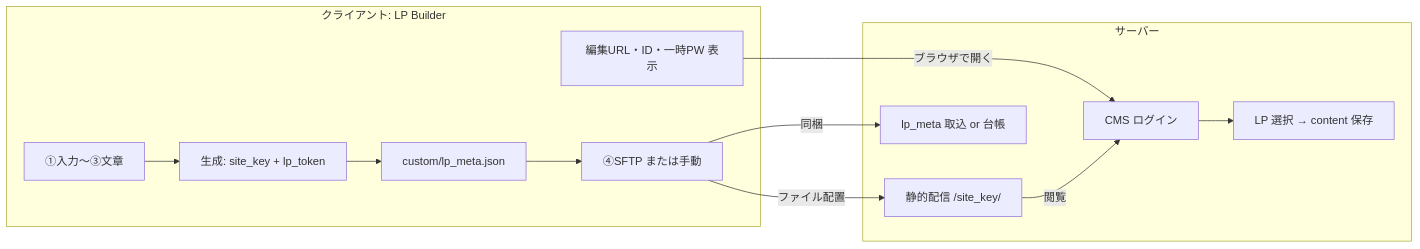
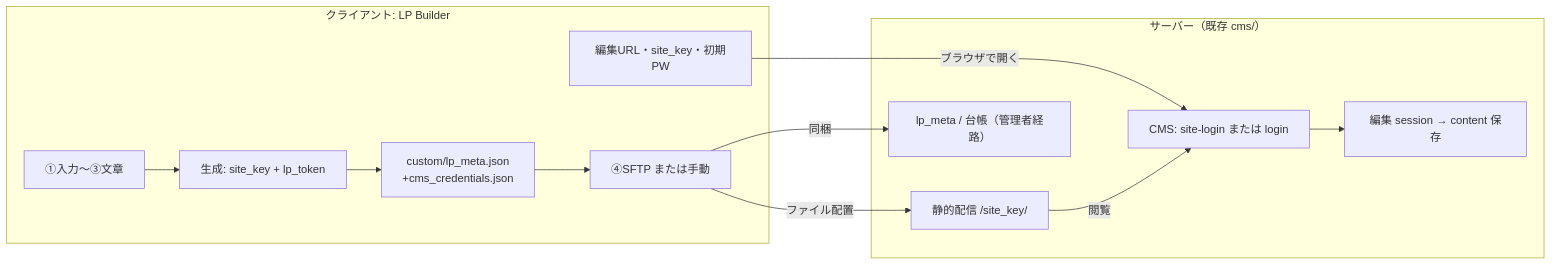
Before and after one commit to BinaryTraffic/page-builder: the first of 4 diagrams in CLIENT_SERVER_FLOWS.md, drawn with Mermaid. The commit also changed other lines of this file and 23 other files, not shown here.

First line of the commit message:
CMS: site-login + cms_credentials; align handover docs for server Cursor

````diff
--- a/CLIENT_SERVER_FLOWS.md
+++ b/CLIENT_SERVER_FLOWS.md
@@ -10,23 +11,23 @@
 ```mermaid
 flowchart LR
   subgraph C["クライアント: LP Builder"]
     A1[①入力〜③文章]
     A2[生成: site_key + lp_token]
-    A3[custom/lp_meta.json]
+    A3["custom/lp_meta.json\n+cms_credentials.json"]
     A4[④SFTP または手動]
-    A5[編集URL・ID・一時PW 表示]
+    A5[編集URL・site_key・初期PW]
   end
-  subgraph S["サーバー"]
+  subgraph S["サーバー（既存 cms/）"]
     B1[静的配信 /site_key/]
-    B2[lp_meta 取込 or 台帳]
-    B3[CMS ログイン]
-    B4[LP 選択 → content 保存]
+    B2[lp_meta / 台帳（管理者経路）]
+    B3["CMS: site-login または login"]
+    B4[編集 session → content 保存]
   end
   A1 --> A2 --> A3
   A3 --> A4
   A4 -->|ファイル配置| B1
   A4 -->|同梱| B2
   A5 -->|ブラウザで開く| B3
   B3 --> B4
   B1 -->|閲覧| B3
 ```
````
